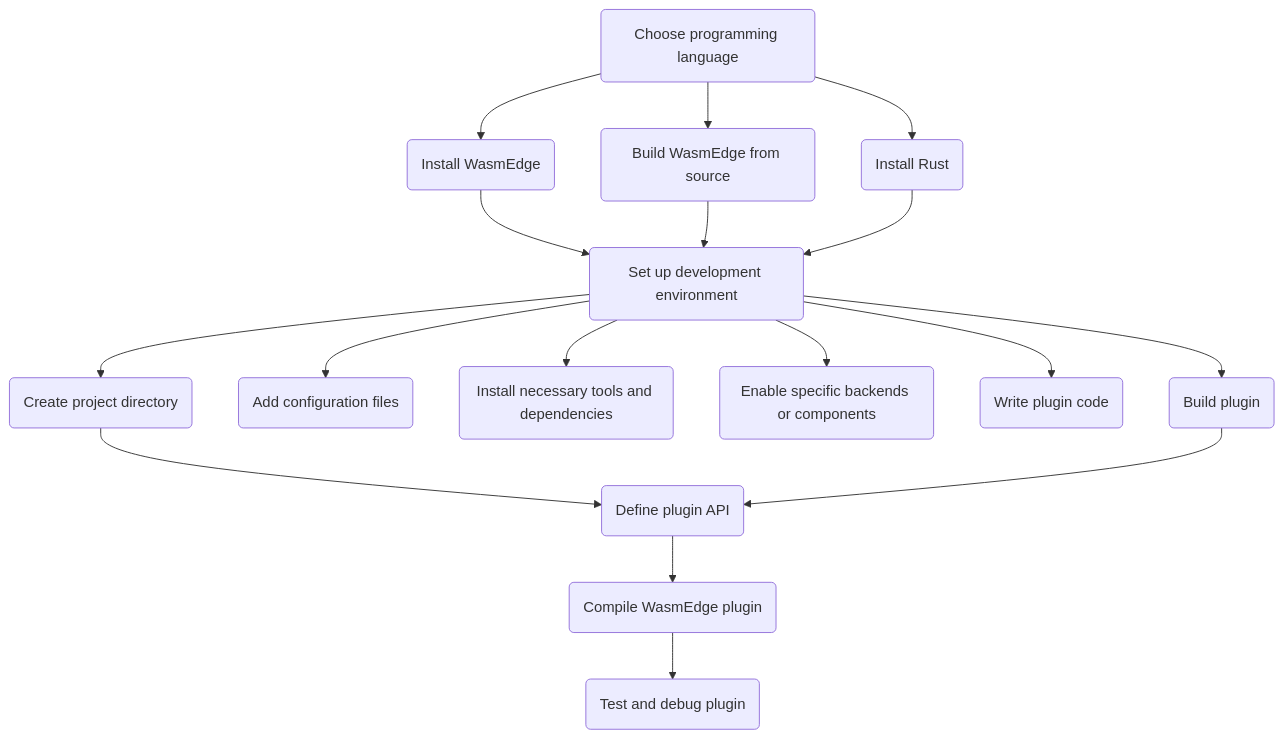
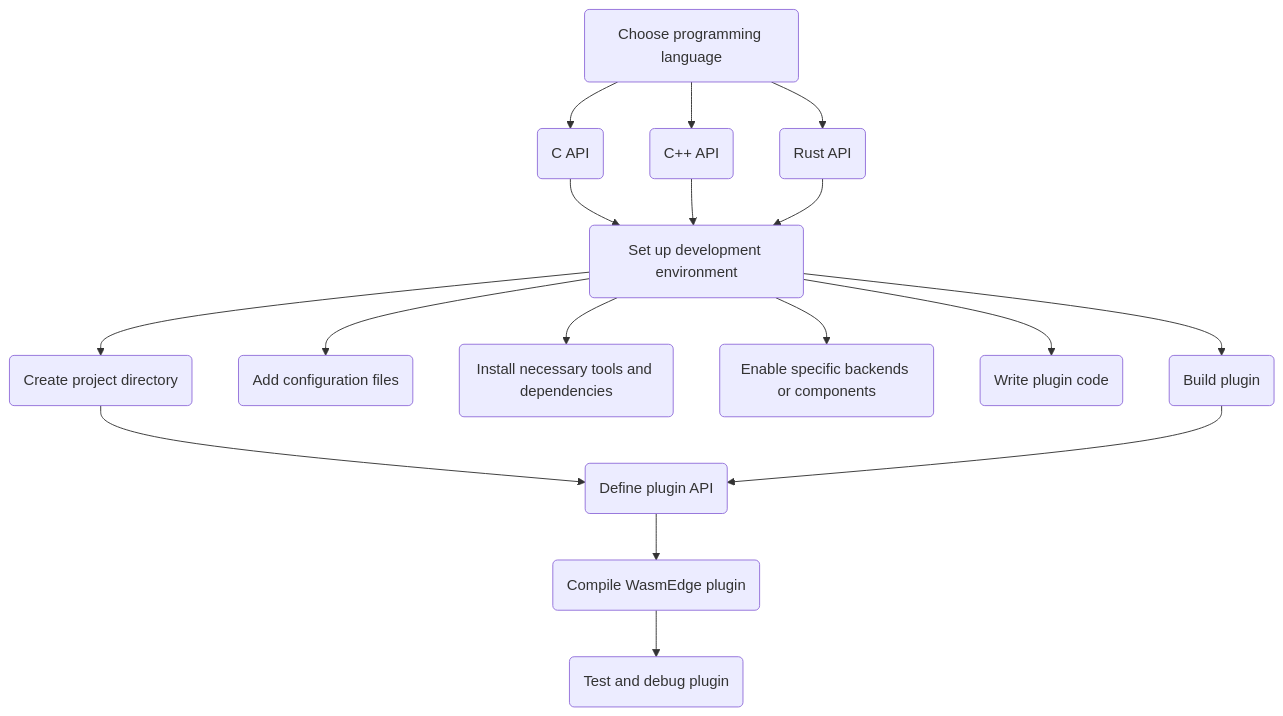
The diagram in docs/contribute/plugin/plugin_requirement.md (WasmEdge/docs), drawn with Mermaid before and after one commit. The commit also changed other lines of this file, not shown here.

Commit message:
updated choosing programming language

````diff
--- a/docs/contribute/plugin/plugin_requirement.md
+++ b/docs/contribute/plugin/plugin_requirement.md
@@ -9,20 +9,20 @@
 ```mermaid
 graph TD;
-A(Choose programming language) --> B(Install WasmEdge)
-A --> C(Build WasmEdge from source)
-A --> D(Install Rust)
+A(Choose programming language) --> B(C API)
+A --> C(C++ API)
+A --> D(Rust API)
 B --> E(Set up development environment)
 C --> E
 D --> E
 E --> F(Create project directory)
 E --> G(Add configuration files)
 E --> H(Install necessary tools and dependencies)
 E --> I(Enable specific backends or components)
 E --> J(Write plugin code)
 E --> K(Build plugin)
 F --> L(Define plugin API)
 K --> L
 L --> M(Compile WasmEdge plugin)
 M --> N(Test and debug plugin)
 
 ```
````
